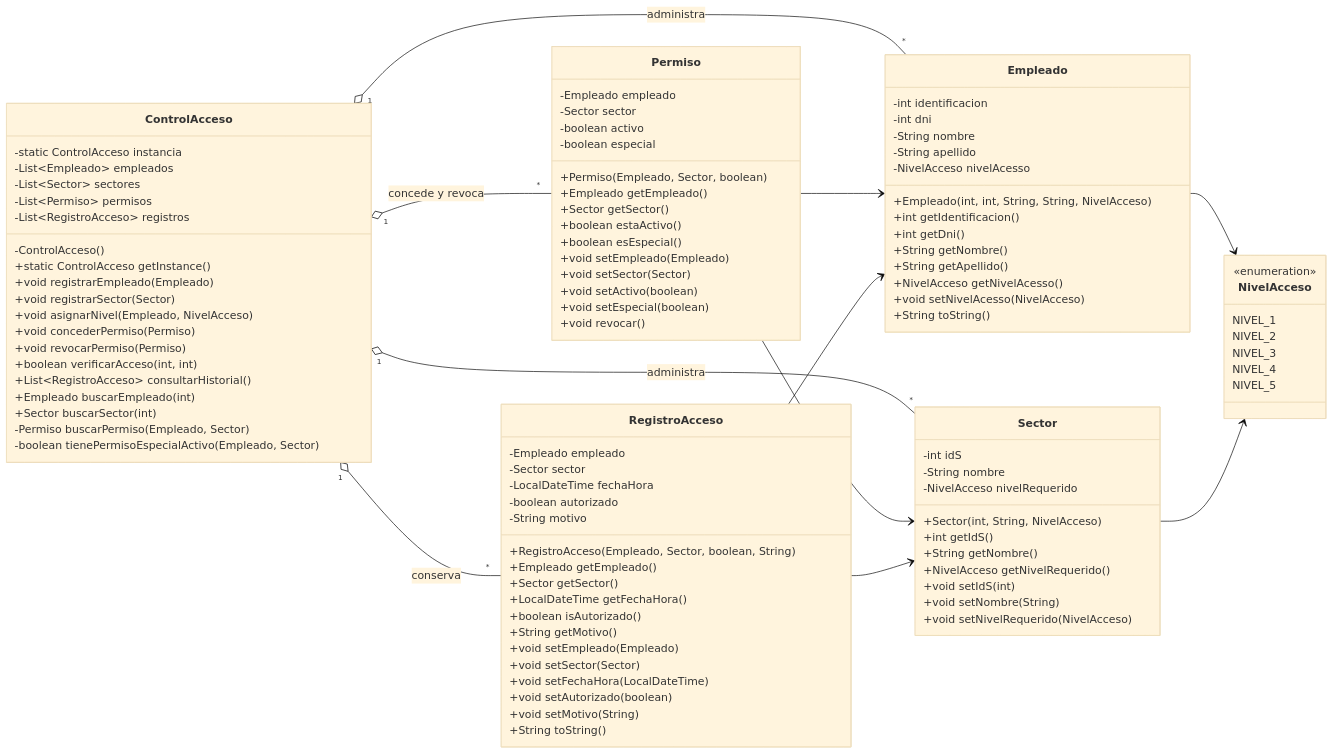
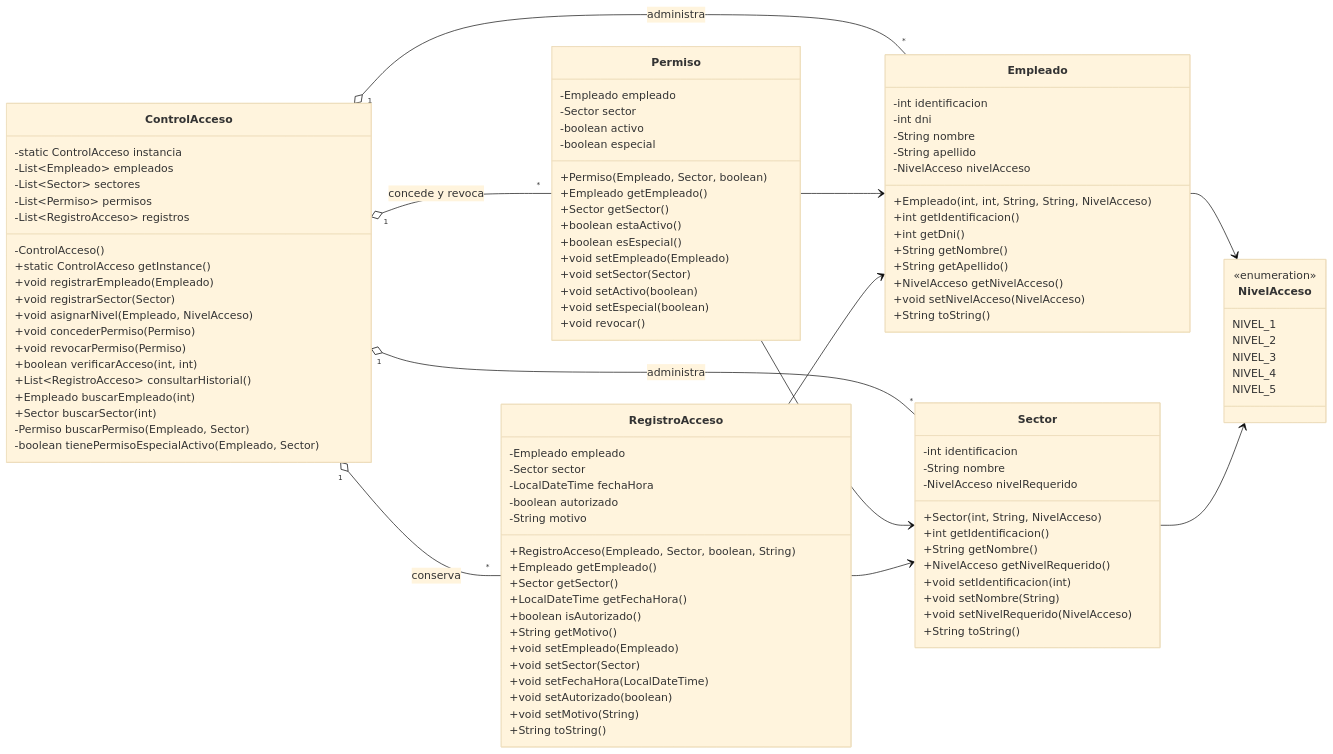
Before and after one commit to PatronSingleton-DisenoSoftware/Patron-Singleton-Software-EGI: the first of 2 diagrams in docs/informe/04-diseno.md, drawn with Mermaid (base theme). The commit also changed other lines of this file and 11 other files, not shown here.

```diff
--- a/docs/informe/04-diseno.md
+++ b/docs/informe/04-diseno.md
@@ -257,28 +265,29 @@
         -int dni
         -String nombre
         -String apellido
-        -NivelAcceso nivelAcesso
+        -NivelAcceso nivelAcceso
         +Empleado(int, int, String, String, NivelAcceso)
         +int getIdentificacion()
         +int getDni()
         +String getNombre()
         +String getApellido()
-        +NivelAcceso getNivelAcesso()
-        +void setNivelAcesso(NivelAcceso)
+        +NivelAcceso getNivelAcceso()
+        +void setNivelAcceso(NivelAcceso)
         +String toString()
     }
 
     class Sector {
-        -int idS
+        -int identificacion
         -String nombre
         -NivelAcceso nivelRequerido
         +Sector(int, String, NivelAcceso)
-        +int getIdS()
+        +int getIdentificacion()
         +String getNombre()
         +NivelAcceso getNivelRequerido()
-        +void setIdS(int)
+        +void setIdentificacion(int)
         +void setNombre(String)
         +void setNivelRequerido(NivelAcceso)
+        +String toString()
     }
 
     class Permiso {
```
